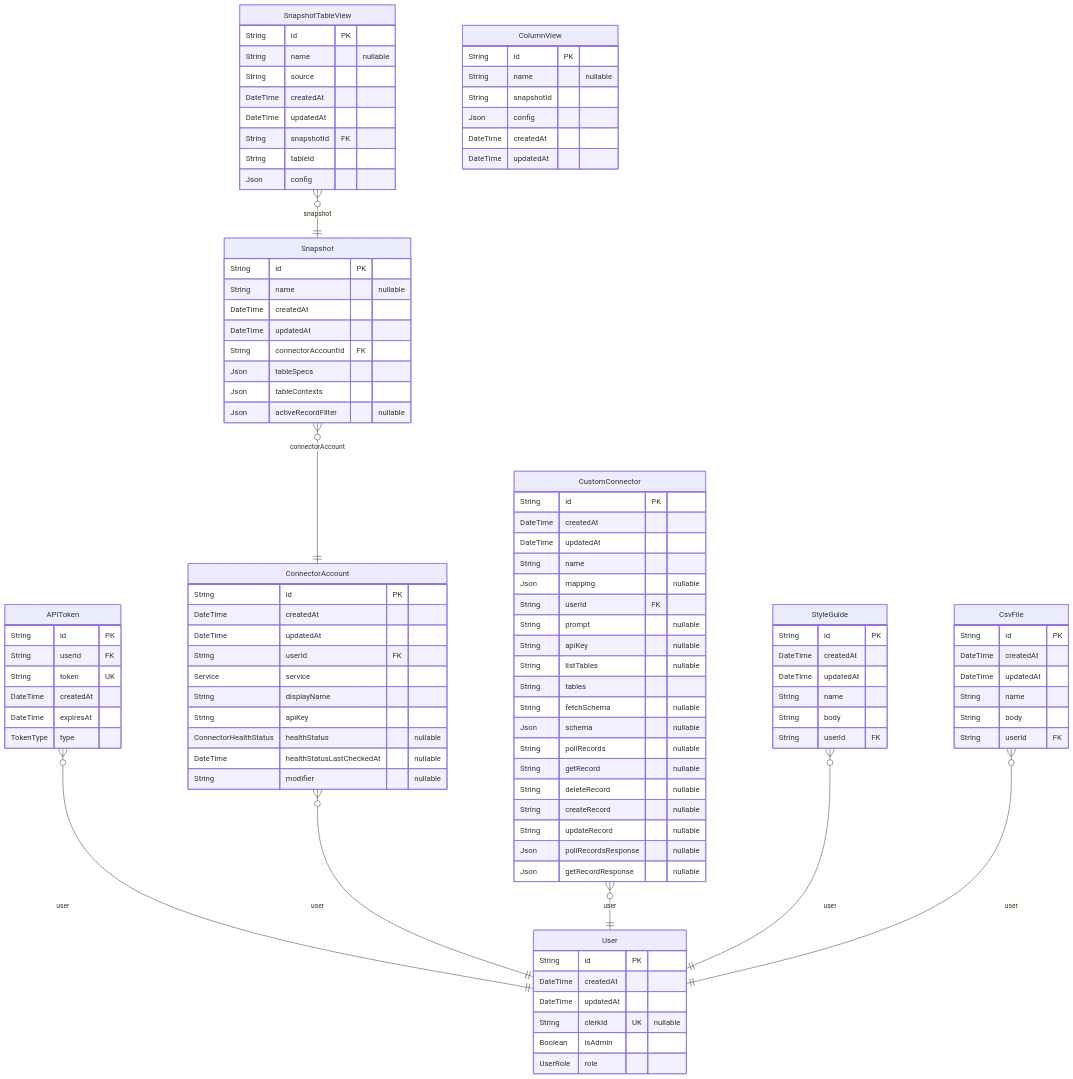
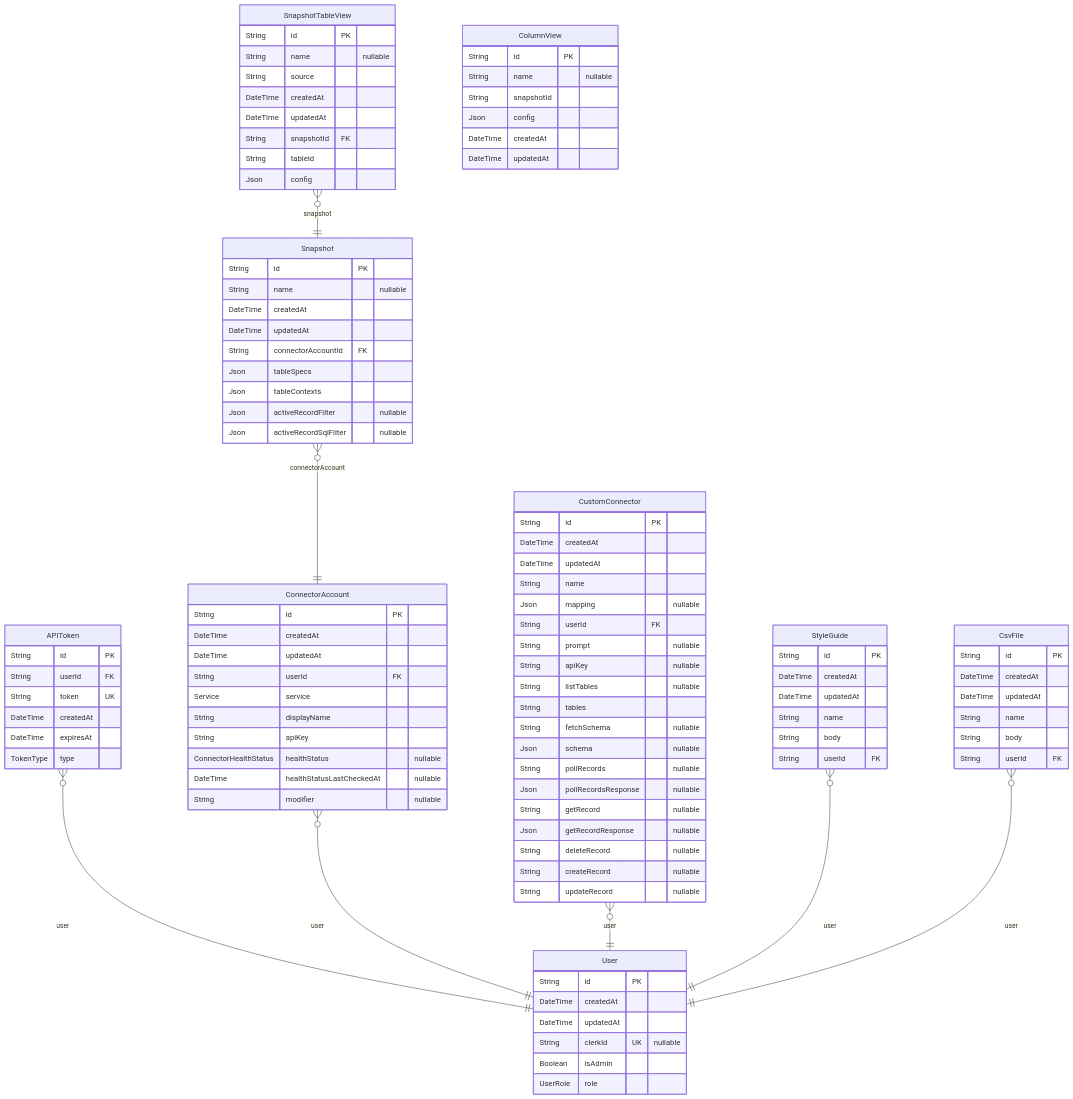
Before and after one commit to whalesync/scratch-cli: the diagram in server/prisma/ERD.md, drawn with Mermaid. The commit also changed other lines of this file and 27 other files, not shown here.

Commit message:
[filtering] switched from an id based to sql based filter

```diff
--- a/server/prisma/ERD.md
+++ b/server/prisma/ERD.md
@@ -45,6 +45,7 @@
   Json tableSpecs
   Json tableContexts
   Json activeRecordFilter "nullable"
+  Json activeRecordSqlFilter "nullable"
 }
 "CustomConnector" {
   String id PK
@@ -60,12 +61,12 @@
   String fetchSchema "nullable"
   Json schema "nullable"
   String pollRecords "nullable"
+  Json pollRecordsResponse "nullable"
   String getRecord "nullable"
+  Json getRecordResponse "nullable"
   String deleteRecord "nullable"
   String createRecord "nullable"
   String updateRecord "nullable"
-  Json pollRecordsResponse "nullable"
-  Json getRecordResponse "nullable"
 }
 "SnapshotTableView" {
   String id PK
```
